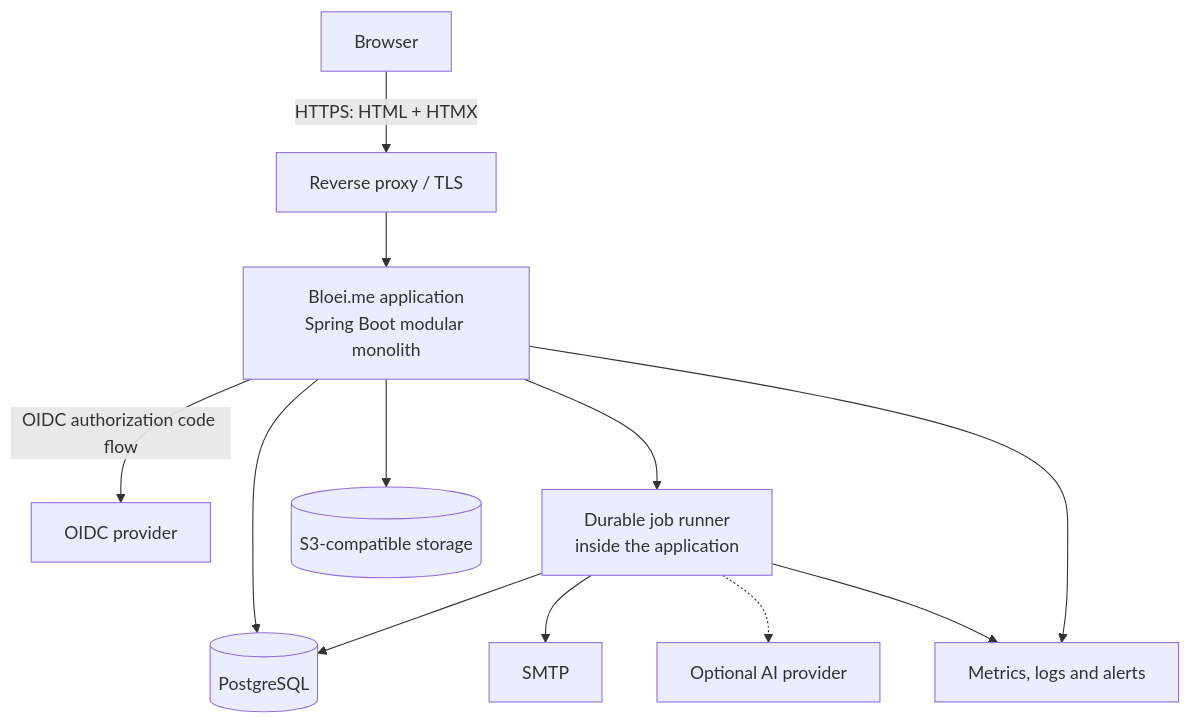
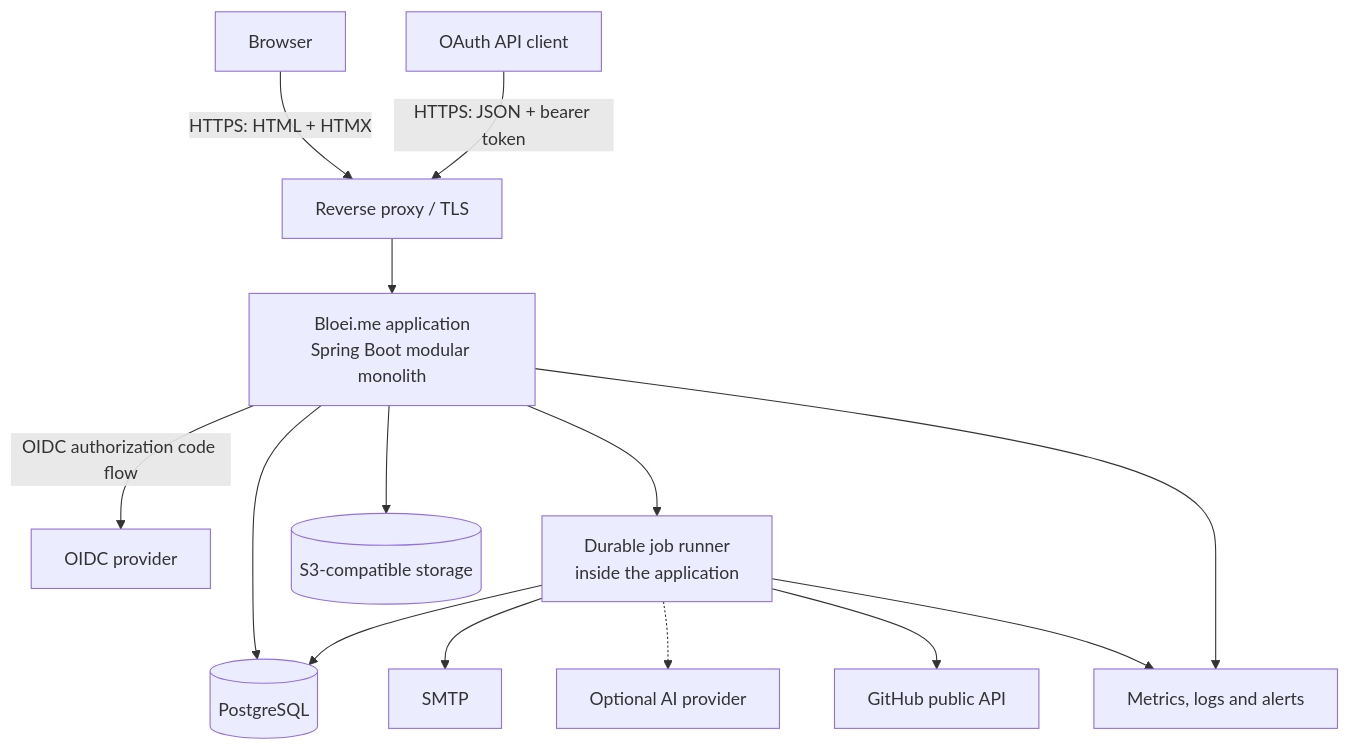
The second of 6 diagrams in solution-architecture.md (sdegroot/bloei.me), drawn with Mermaid before and after one commit. The commit also changed other lines of this file and 6 other files, not shown here.

Commit message:
docs: specify api and github integration

````diff
--- a/solution-architecture.md
+++ b/solution-architecture.md
@@ -92,25 +94,29 @@
 ```mermaid
 flowchart TB
     browser[Browser]
+    apiClient[OAuth API client]
     proxy[Reverse proxy / TLS]
     app[Bloei.me application\nSpring Boot modular monolith]
     jobs[Durable job runner\ninside the application]
     db[(PostgreSQL)]
     objects[(S3-compatible storage)]
     oidc[OIDC provider]
     smtp[SMTP]
     ai[Optional AI provider]
+    github[GitHub public API]
     obs[Metrics, logs and alerts]
 
     browser -->|HTTPS: HTML + HTMX| proxy
+    apiClient -->|HTTPS: JSON + bearer token| proxy
     proxy --> app
     app -->|OIDC authorization code flow| oidc
     app --> db
     app --> objects
     app --> jobs
     jobs --> db
     jobs --> smtp
     jobs -.-> ai
+    jobs --> github
     app --> obs
     jobs --> obs
 ```
````
